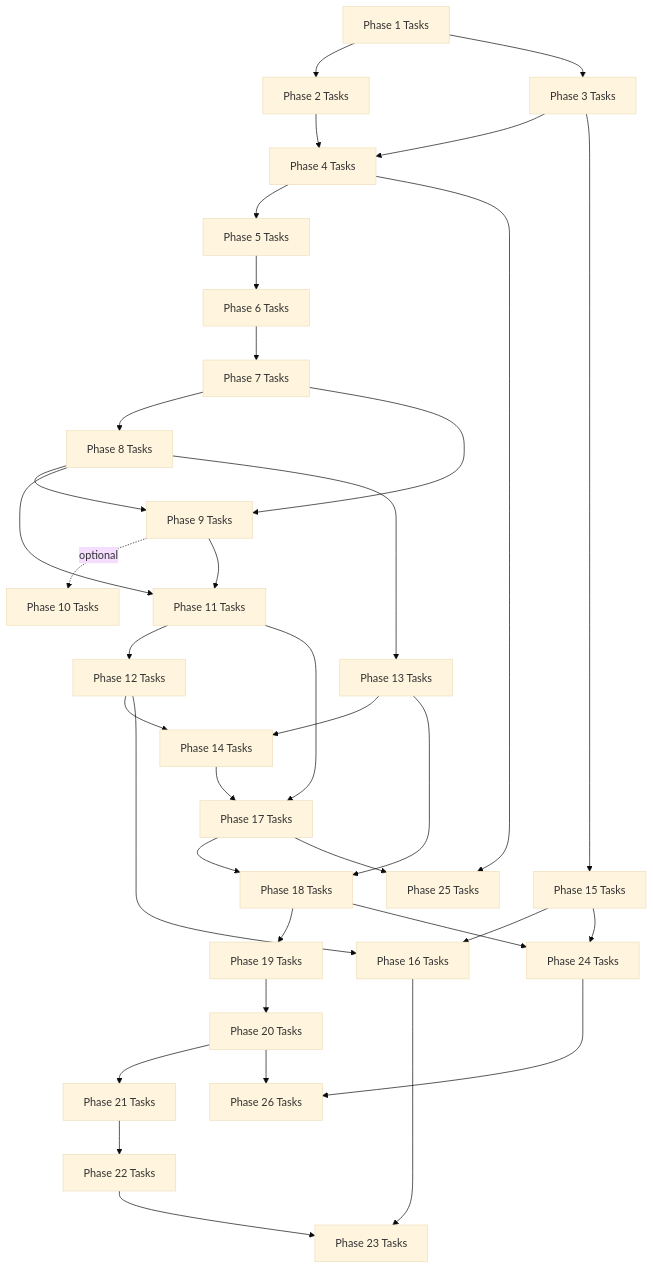
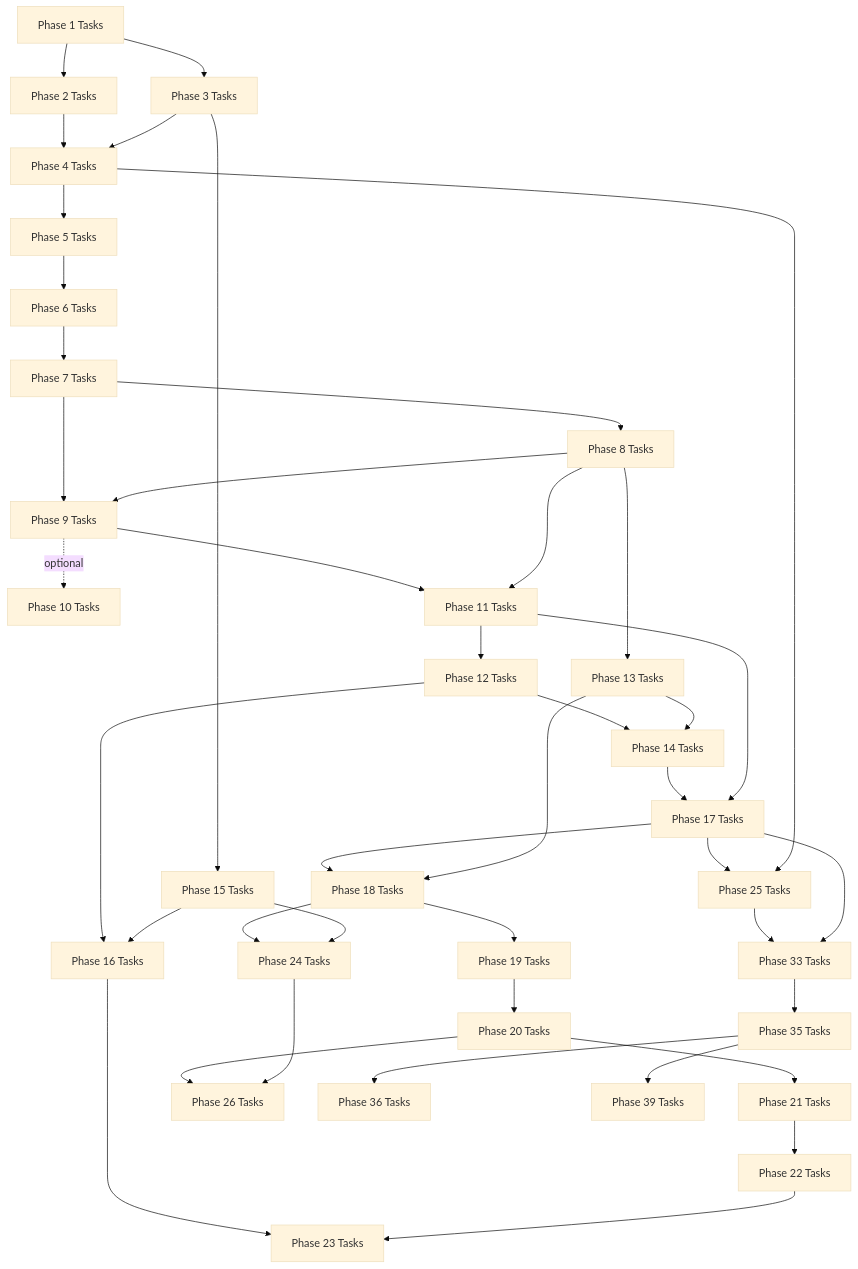
Before and after one commit to mikecubed/m3OS: the diagram in docs/roadmap/tasks/README.md, drawn with Mermaid (base theme). The commit also changed other lines of this file and 20 other files, not shown here.

First line of the commit message:
docs: add 7 kernel infrastructure phases (33-39) to roadmap

````diff
--- a/docs/roadmap/tasks/README.md
+++ b/docs/roadmap/tasks/README.md
@@ -25,49 +25,54 @@
 ```mermaid
 flowchart TD
     P1["Phase 1 Tasks"]
     P2["Phase 2 Tasks"]
     P3["Phase 3 Tasks"]
     P4["Phase 4 Tasks"]
     P5["Phase 5 Tasks"]
     P6["Phase 6 Tasks"]
     P7["Phase 7 Tasks"]
     P8["Phase 8 Tasks"]
     P9["Phase 9 Tasks"]
 
     P1 --> P2
     P1 --> P3
     P2 --> P4
     P3 --> P4
     P4 --> P5
     P5 --> P6
     P6 --> P7
     P7 --> P8
     P7 --> P9
     P8 --> P9
     P9 -.->|optional| P10["Phase 10 Tasks"]
     P9 --> P11["Phase 11 Tasks"]
     P8 --> P11
     P11 --> P12["Phase 12 Tasks"]
     P8 --> P13["Phase 13 Tasks"]
     P12 --> P14["Phase 14 Tasks"]
     P13 --> P14
     P3 --> P15["Phase 15 Tasks"]
     P12 --> P16["Phase 16 Tasks"]
     P15 --> P16
     P14 --> P17["Phase 17 Tasks"]
     P11 --> P17
     P17 --> P18["Phase 18 Tasks"]
     P13 --> P18
     P18 --> P19["Phase 19 Tasks"]
     P19 --> P20["Phase 20 Tasks"]
     P20 --> P21["Phase 21 Tasks"]
     P21 --> P22["Phase 22 Tasks"]
     P16 --> P23["Phase 23 Tasks"]
     P22 --> P23
     P18 --> P24["Phase 24 Tasks"]
     P15 --> P24
     P17 --> P25["Phase 25 Tasks"]
     P4 --> P25
     P20 --> P26["Phase 26 Tasks"]
     P24 --> P26
+    P25 --> P33["Phase 33 Tasks"]
+    P17 --> P33
+    P33 --> P35["Phase 35 Tasks"]
+    P35 --> P36["Phase 36 Tasks"]
+    P35 --> P39["Phase 39 Tasks"]
 ```
````
